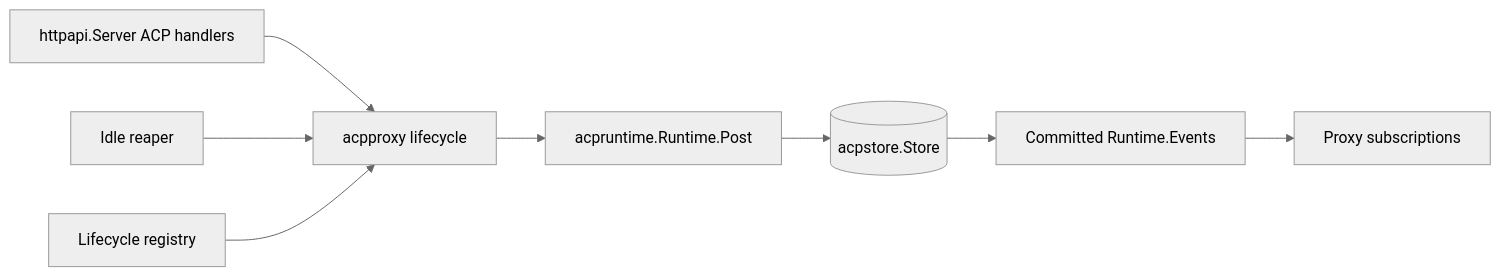
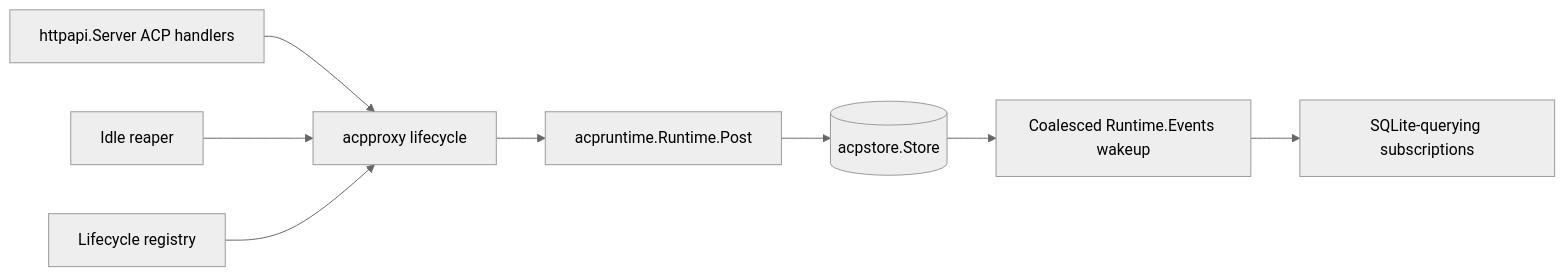
The diagram in docs/plans/20260823-03-acp-http-lifecycle.md (viethoangcr/agent-bridge), drawn with Mermaid (neutral theme) before and after one commit. The commit also changed other lines of this file and 6 other files, not shown here.

````diff
--- a/docs/plans/20260823-03-acp-http-lifecycle.md
+++ b/docs/plans/20260823-03-acp-http-lifecycle.md
@@ -70,10 +73,10 @@
 ```mermaid
 flowchart LR
     HTTP[httpapi.Server ACP handlers] --> Proxy[acpproxy lifecycle]
     Proxy --> Post[acpruntime.Runtime.Post]
     Post --> Store[(acpstore.Store)]
-    Store --> Events[Committed Runtime.Events]
-    Events --> Subscriptions[Proxy subscriptions]
+    Store --> Wakeup[Coalesced Runtime.Events wakeup]
+    Wakeup --> Subscriptions[SQLite-querying subscriptions]
     Reaper[Idle reaper] --> Proxy
     Shutdown[Lifecycle registry] --> Proxy
 ```
````
